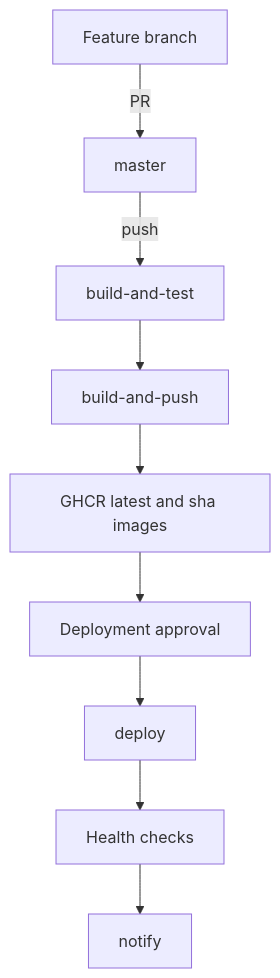
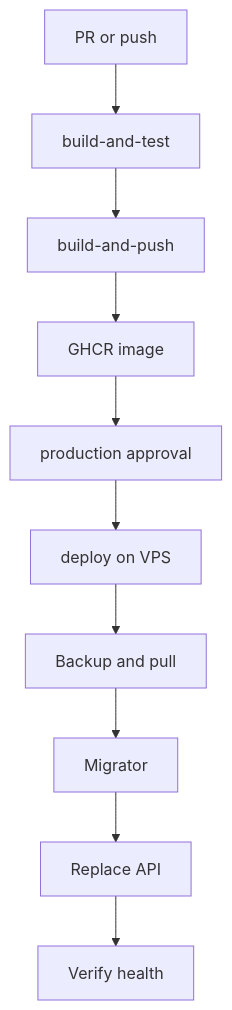
Before and after one commit to mhasabalah/StarterKit: the diagram in wiki/deployment/CI-CD.md, drawn with Mermaid. The commit also changed other lines of this file and 15 other files, not shown here.

````diff
--- a/wiki/deployment/CI-CD.md
+++ b/wiki/deployment/CI-CD.md
@@ -56,10 +25,12 @@
 ```mermaid
 flowchart TB
-  F[Feature branch] -->|PR| M[master]
-  M -->|push| B[build-and-test]
-  B --> P[build-and-push]
-  P --> G[GHCR latest and sha images]
-  G --> A[Deployment approval]
-  A --> D[deploy]
-  D --> H[Health checks] --> N[notify]
+  E[PR or push] --> T[build-and-test]
+  T --> B[build-and-push]
+  B --> I[GHCR image]
+  I --> G[production approval]
+  G --> D[deploy on VPS]
+  D --> K[Backup and pull]
+  K --> M[Migrator]
+  M --> A[Replace API]
+  A --> H[Verify health]
 ```
````
